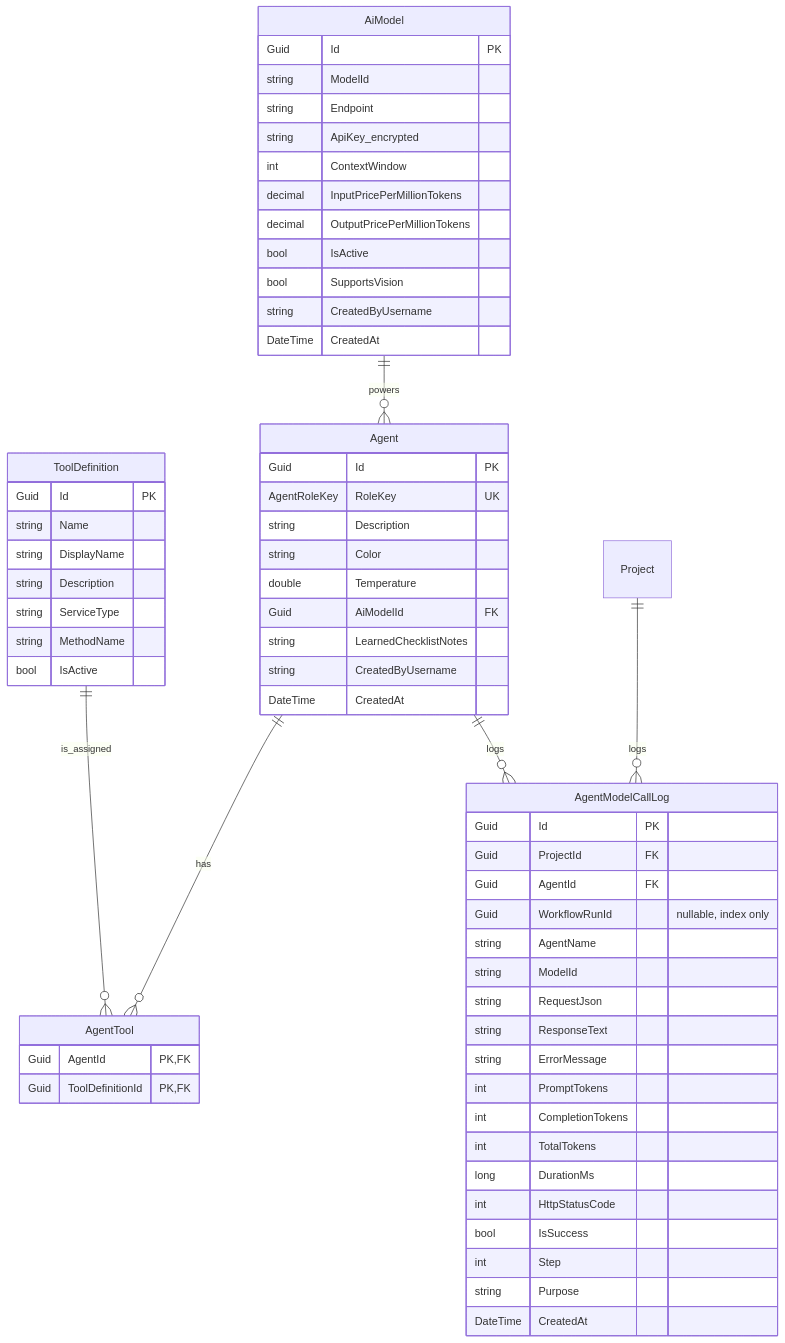
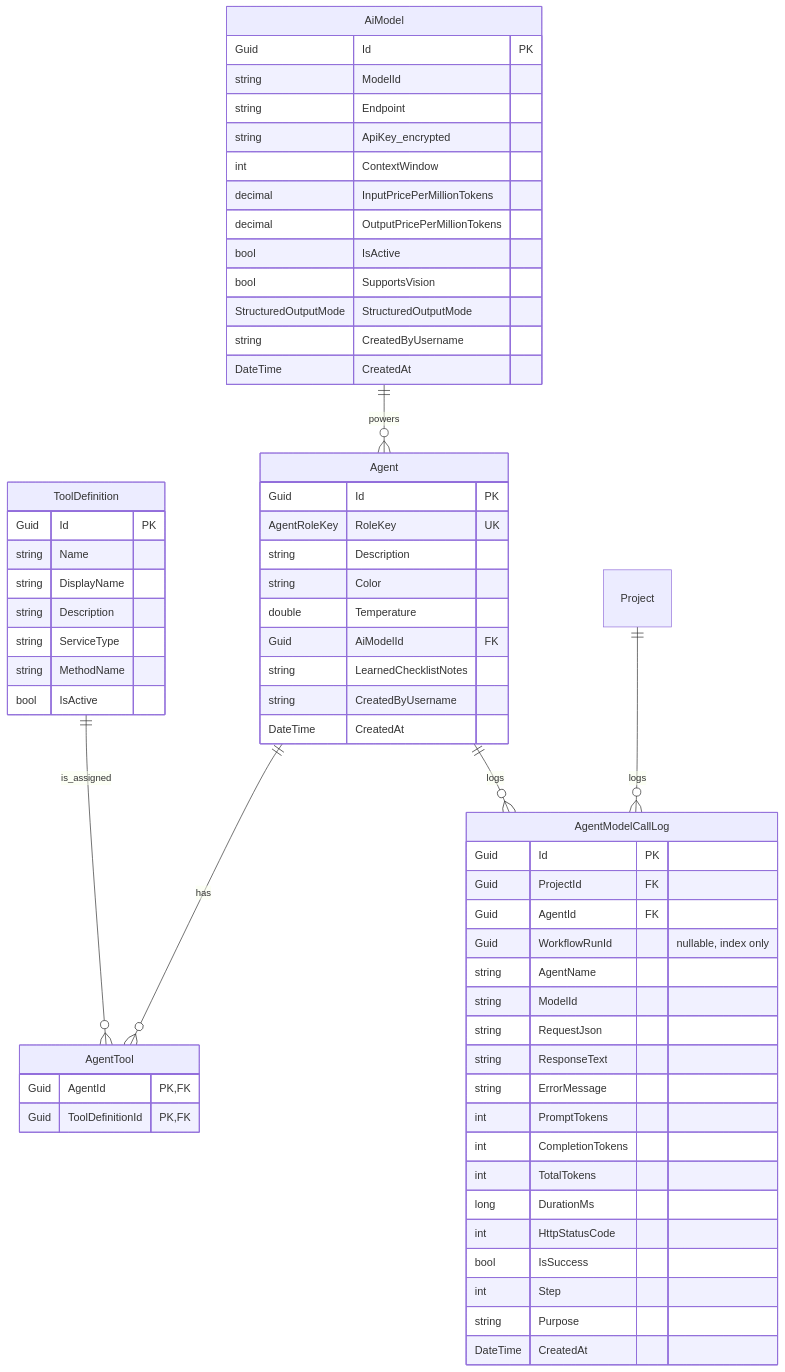
The sixth of 10 diagrams in docs/DatabaseDesign.md (Songlong0506/ICOGenerator-v4), drawn with Mermaid before and after one commit. The commit also changed 18 other files, not shown here.

````diff
--- a/docs/DatabaseDesign.md
+++ b/docs/DatabaseDesign.md
@@ -203,70 +203,71 @@
 ```mermaid
 erDiagram
     AiModel {
         Guid Id PK
         string ModelId
         string Endpoint
         string ApiKey_encrypted
         int ContextWindow
         decimal InputPricePerMillionTokens
         decimal OutputPricePerMillionTokens
         bool IsActive
         bool SupportsVision
+        StructuredOutputMode StructuredOutputMode
         string CreatedByUsername
         DateTime CreatedAt
     }
 
     Agent {
         Guid Id PK
         AgentRoleKey RoleKey UK
         string Description
         string Color
         double Temperature
         Guid AiModelId FK
         string LearnedChecklistNotes
         string CreatedByUsername
         DateTime CreatedAt
     }
 
     ToolDefinition {
         Guid Id PK
         string Name
         string DisplayName
         string Description
         string ServiceType
         string MethodName
         bool IsActive
     }
 
     AgentTool {
         Guid AgentId PK, FK
         Guid ToolDefinitionId PK, FK
     }
 
     AgentModelCallLog {
         Guid Id PK
         Guid ProjectId FK
         Guid AgentId FK
         Guid WorkflowRunId "nullable, index only"
         string AgentName
         string ModelId
         string RequestJson
         string ResponseText
         string ErrorMessage
         int PromptTokens
         int CompletionTokens
         int TotalTokens
         long DurationMs
         int HttpStatusCode
         bool IsSuccess
         int Step
         string Purpose
         DateTime CreatedAt
     }
 
     AiModel ||--o{ Agent : powers
     Agent ||--o{ AgentTool : has
     ToolDefinition ||--o{ AgentTool : is_assigned
     Project ||--o{ AgentModelCallLog : logs
     Agent ||--o{ AgentModelCallLog : logs
 ```
````
